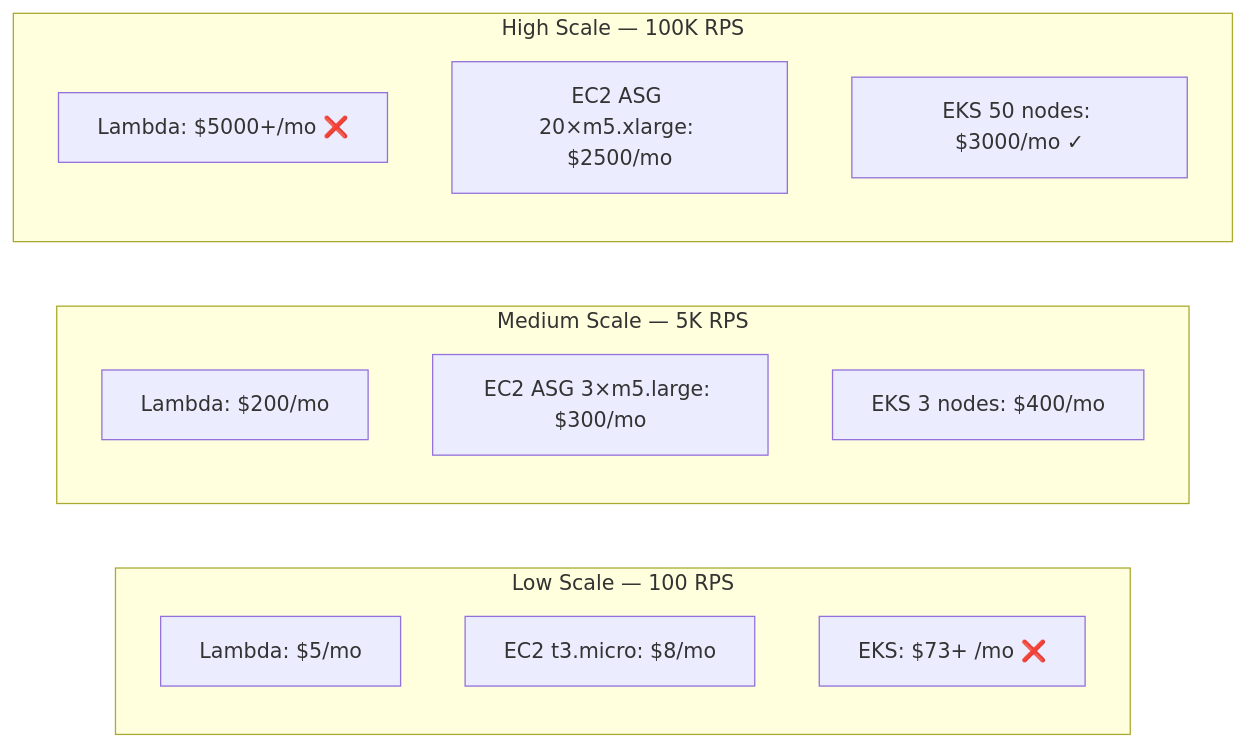
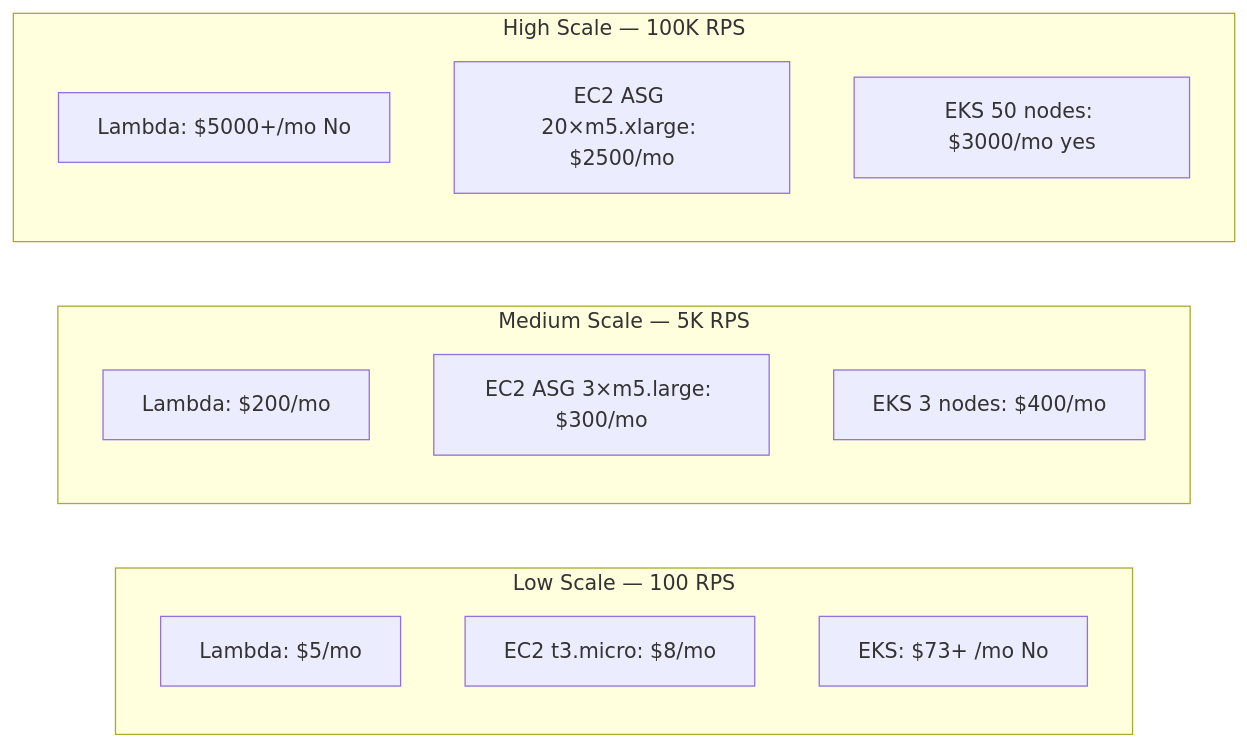
One commit to billywr/system-design changed diagram 31 of 34 in 09-infrastructure/31-cloud-infrastructure-service-mapping.md. Above: the diagram before and after it, drawn with Mermaid. The commit also changed 39 other files, not shown here.

````diff
--- a/09-infrastructure/31-cloud-infrastructure-service-mapping.md
+++ b/09-infrastructure/31-cloud-infrastructure-service-mapping.md
@@ -1067,20 +1067,20 @@
 ```mermaid
 graph LR
     subgraph "Low Scale — 100 RPS"
         L1[Lambda: $5/mo]
         L2[EC2 t3.micro: $8/mo]
-        L3[EKS: $73+ /mo ❌]
+        L3[EKS: $73+ /mo No]
     end
 
     subgraph "Medium Scale — 5K RPS"
         M1[Lambda: $200/mo]
         M2[EC2 ASG 3×m5.large: $300/mo]
         M3[EKS 3 nodes: $400/mo]
     end
 
     subgraph "High Scale — 100K RPS"
-        H1[Lambda: $5000+/mo ❌]
+        H1[Lambda: $5000+/mo No]
         H2[EC2 ASG 20×m5.xlarge: $2500/mo]
-        H3[EKS 50 nodes: $3000/mo ✓]
+        H3[EKS 50 nodes: $3000/mo yes]
     end
 ```
````
